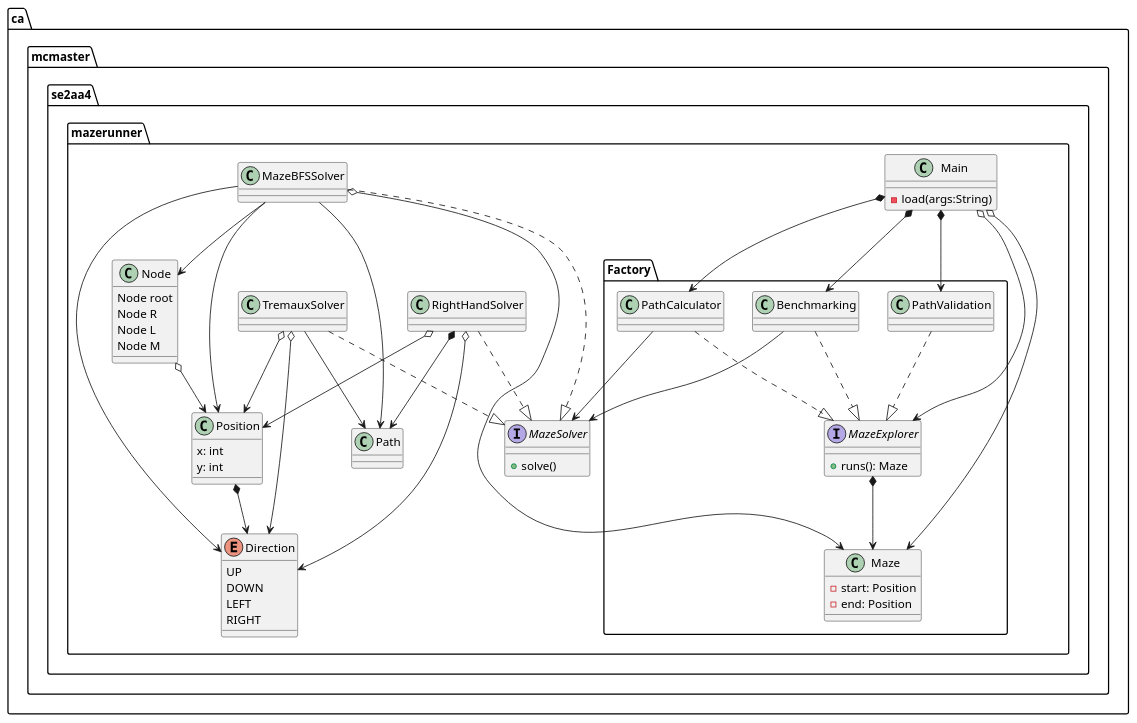
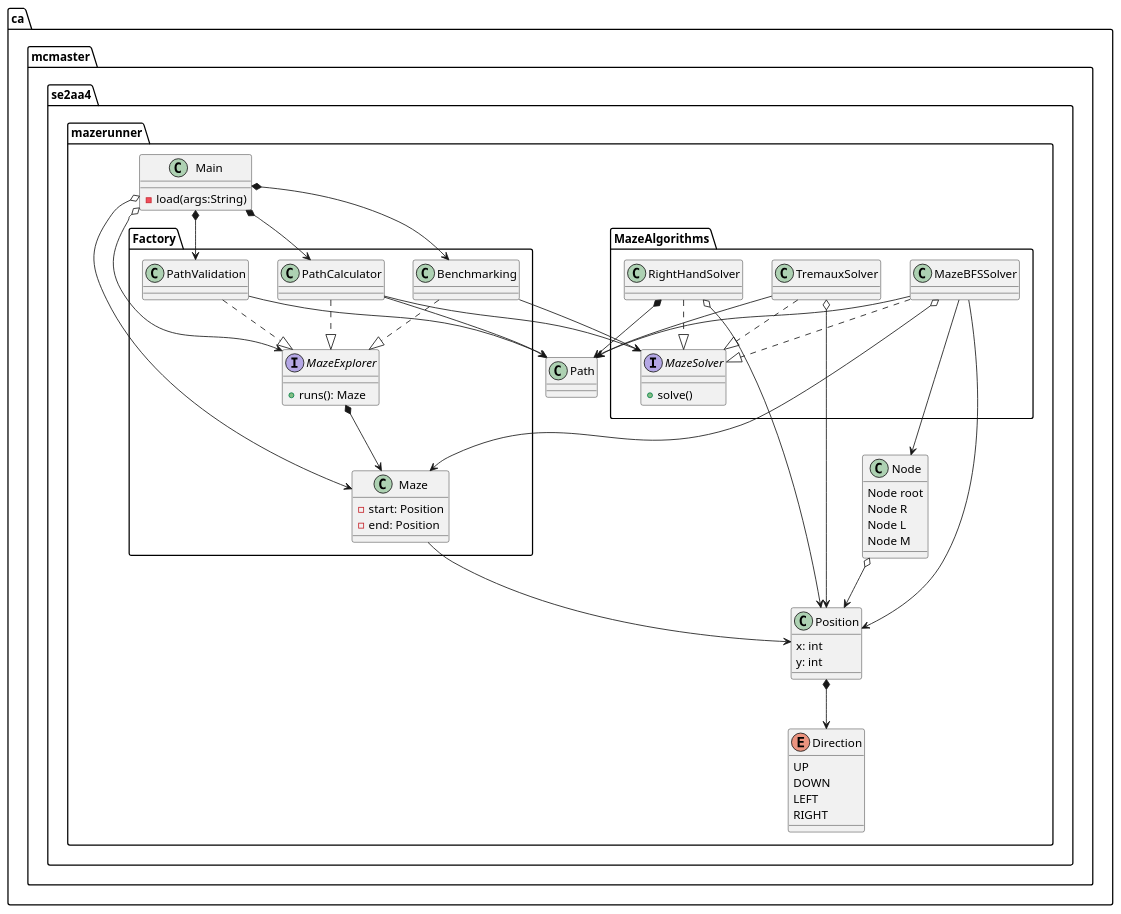
The diagram in src/main/java/ca/mcmaster/se2aa4/mazerunner/UML Diagrams/ClassDiagram.puml (xSankalpaD/Maze-Runner), drawn with PlantUML before and after one commit. The commit also changed 11 other files, not shown here.

```diff
--- a/src/main/java/ca/mcmaster/se2aa4/mazerunner/UML Diagrams/ClassDiagram.puml
+++ b/src/main/java/ca/mcmaster/se2aa4/mazerunner/UML Diagrams/ClassDiagram.puml
@@ -1,118 +1,123 @@
 @startuml ClassDiagram
 package "ca.mcmaster.se2aa4.mazerunner" {
     enum Direction {
         UP
         DOWN
         LEFT
         RIGHT
     }
 
     class Node {
         Node root
         Node R
         Node L
         Node M
     }
 
     class Position {
         x: int
         y: int
         
     }
 
     class Path {
         
     }
     
-    class MazeBFSSolver{
-
-    } 
+    
     
     class Main{
         -load(args:String)
     }
 
-    interface MazeSolver{
+    
+    package "ca.mcmaster.se2aa4.mazerunner.MazeAlgorithms"{
+        interface MazeSolver{
         +solve()
-    }
+        }
 
-    class RightHandSolver{
+        class RightHandSolver{
 
-    }
-    
-    class TremauxSolver{
+        }
+        
+        class TremauxSolver{
 
-    }
+        }
+        class MazeBFSSolver{
 
+        } 
+
+    } 
     package "ca.mcmaster.se2aa4.mazerunner.Factory" {
         interface MazeExplorer {
             +runs(): Maze
         }
 
         class Benchmarking {
         
         }   
 
         class PathCalculator {
         
         }
 
         class PathValidation{
 
         }
 
         class Maze {
         
         -start: Position
         -end: Position
         
         }
 
     }
 }
 
 
 
 Benchmarking ..|> MazeExplorer
 PathCalculator ..|> MazeExplorer
 PathValidation ..|> MazeExplorer
 
 PathCalculator --> MazeSolver
 
 TremauxSolver --> Path
 
-
+Maze --> Position
 Benchmarking --> MazeSolver
 
 MazeBFSSolver ..|> MazeSolver
 RightHandSolver ..|> MazeSolver
 TremauxSolver ..|> MazeSolver
 
 MazeExplorer *--> Maze
 
 Main o--> Maze
 Main o--> MazeExplorer
 Main *--> Benchmarking
 Main *--> PathCalculator
 Main *--> PathValidation
-
+Path <-- PathValidation
 
 MazeBFSSolver o--> Maze
 MazeBFSSolver --> Node
 MazeBFSSolver --> Path
-MazeBFSSolver --> Direction
+PathCalculator --> Path
+
 MazeBFSSolver --> Position
 
 Node o--> Position
 
 Position *--> Direction
 
 RightHandSolver *--> Path
-RightHandSolver o--> Direction
+
 RightHandSolver o--> Position
 
-TremauxSolver o--> Direction
+
 TremauxSolver o--> Position
 
 
 @enduml
```
